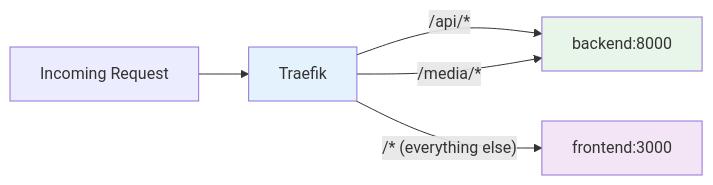
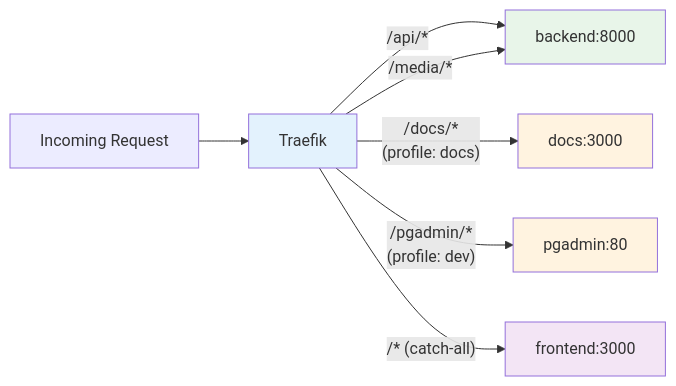
Before and after one commit to maxi3390/happydogs-calendar: the second of 3 diagrams in docs/docs/deployment.md, drawn with Mermaid. The commit also changed other lines of this file and 4 other files, not shown here.

````diff
--- a/docs/docs/deployment.md
+++ b/docs/docs/deployment.md
@@ -237,12 +243,16 @@
 ```mermaid
 flowchart LR
     Request["Incoming Request"] --> Traefik
 
     Traefik -->|"/api/*"| Backend["backend:8000"]
     Traefik -->|"/media/*"| Backend
-    Traefik -->|"/* (everything else)"| Frontend["frontend:3000"]
+    Traefik -->|"/docs/*<br/>(profile: docs)"| Docs["docs:3000"]
+    Traefik -->|"/pgadmin/*<br/>(profile: dev)"| PgAdmin["pgadmin:80"]
+    Traefik -->|"/* (catch-all)"| Frontend["frontend:3000"]
 
     style Traefik fill:#e3f2fd
     style Backend fill:#e8f5e9
     style Frontend fill:#f3e5f5
+    style Docs fill:#fff3e0
+    style PgAdmin fill:#fff3e0
 ```
````
